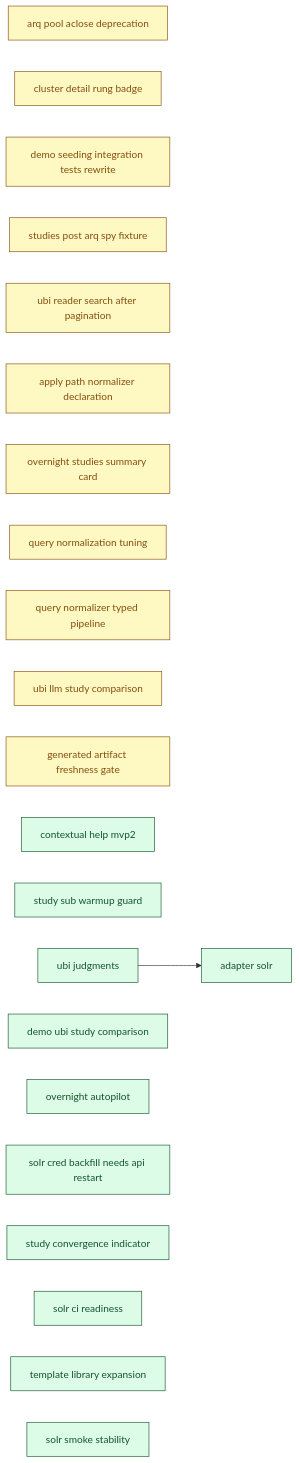
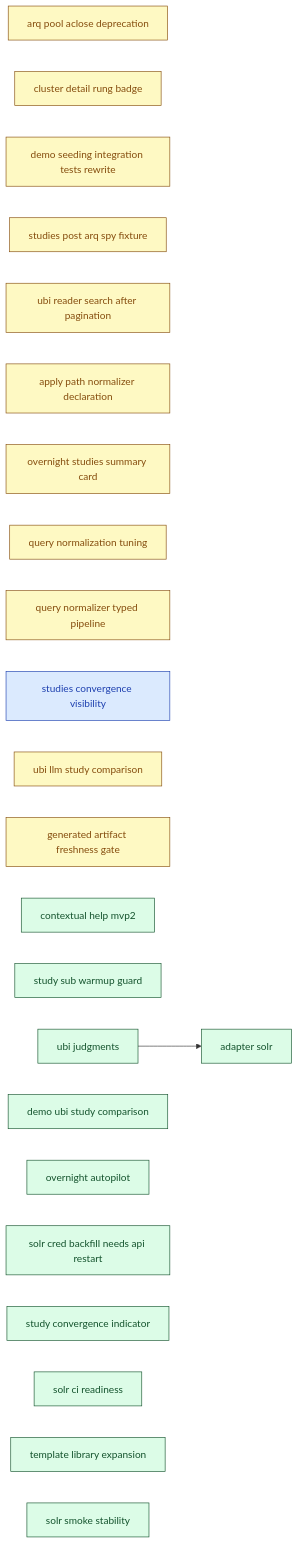
The diagram in docs/00_overview/MVP2_DASHBOARD.md (SoundMindsAI/relyloop), drawn with Mermaid before and after one commit. The commit also changed other lines of this file and 5 other files, not shown here.

Commit message:
docs(spec): studies-list convergence visibility + real demo data (dashboards)

````diff
--- a/docs/00_overview/MVP2_DASHBOARD.md
+++ b/docs/00_overview/MVP2_DASHBOARD.md
@@ -108,53 +109,55 @@
 ```mermaid
 graph LR
   classDef done fill:#dcfce7,stroke:#14532d,color:#14532d;
   classDef implement fill:#ffedd5,stroke:#9a3412,color:#9a3412;
   classDef plan fill:#fef9c3,stroke:#854d0e,color:#854d0e;
   classDef spec fill:#dbeafe,stroke:#1e40af,color:#1e40af;
   classDef idea fill:#f1f5f9,stroke:#334155,color:#334155;
   chore_arq_pool_aclose_deprecation["arq pool aclose deprecation"]
   class chore_arq_pool_aclose_deprecation plan;
   chore_cluster_detail_rung_badge["cluster detail rung badge"]
   class chore_cluster_detail_rung_badge plan;
   chore_demo_seeding_integration_tests_rewrite["demo seeding integration tests rewrite"]
   class chore_demo_seeding_integration_tests_rewrite plan;
   chore_studies_post_arq_spy_fixture["studies post arq spy fixture"]
   class chore_studies_post_arq_spy_fixture plan;
   chore_ubi_reader_search_after_pagination["ubi reader search after pagination"]
   class chore_ubi_reader_search_after_pagination plan;
   feat_apply_path_normalizer_declaration["apply path normalizer declaration"]
   class feat_apply_path_normalizer_declaration plan;
   feat_overnight_studies_summary_card["overnight studies summary card"]
   class feat_overnight_studies_summary_card plan;
   feat_query_normalization_tuning["query normalization tuning"]
   class feat_query_normalization_tuning plan;
   feat_query_normalizer_typed_pipeline["query normalizer typed pipeline"]
   class feat_query_normalizer_typed_pipeline plan;
+  feat_studies_convergence_visibility["studies convergence visibility"]
+  class feat_studies_convergence_visibility spec;
   feat_ubi_llm_study_comparison["ubi llm study comparison"]
   class feat_ubi_llm_study_comparison plan;
   infra_generated_artifact_freshness_gate["generated artifact freshness gate"]
   class infra_generated_artifact_freshness_gate plan;
   feat_contextual_help_mvp2["contextual help mvp2"]
   class feat_contextual_help_mvp2 done;
   feat_study_sub_warmup_guard["study sub warmup guard"]
   class feat_study_sub_warmup_guard done;
   feat_ubi_judgments["ubi judgments"]
   class feat_ubi_judgments done;
   feat_demo_ubi_study_comparison["demo ubi study comparison"]
   class feat_demo_ubi_study_comparison done;
   feat_overnight_autopilot["overnight autopilot"]
   class feat_overnight_autopilot done;
   infra_adapter_solr["adapter solr"]
   class infra_adapter_solr done;
   chore_solr_cred_backfill_needs_api_restart["solr cred backfill needs api restart"]
   class chore_solr_cred_backfill_needs_api_restart done;
   feat_study_convergence_indicator["study convergence indicator"]
   class feat_study_convergence_indicator done;
   infra_solr_ci_readiness["solr ci readiness"]
   class infra_solr_ci_readiness done;
   chore_template_library_expansion["template library expansion"]
   class chore_template_library_expansion done;
   infra_solr_smoke_stability["solr smoke stability"]
   class infra_solr_smoke_stability done;
   feat_ubi_judgments --> infra_adapter_solr
 ```
````
